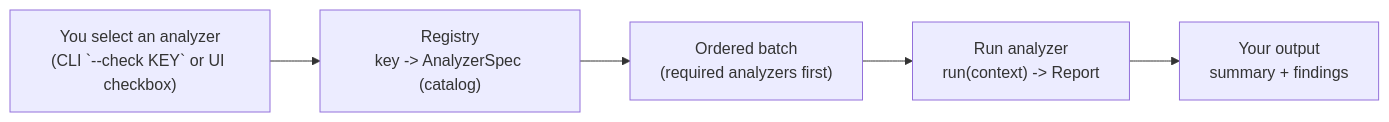
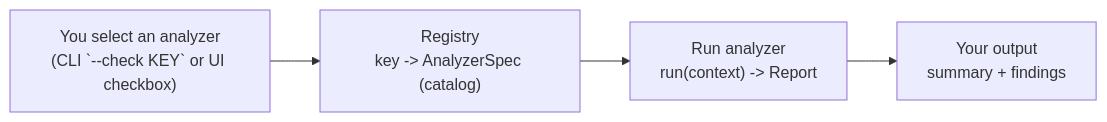
Before and after one commit to SorenHJohansen/SattLint: the second of 5 diagrams in ARCHITECTURE.md, drawn with Mermaid. The commit also changed other lines of this file and 69 other files, not shown here.

````diff
--- a/ARCHITECTURE.md
+++ b/ARCHITECTURE.md
@@ -84,10 +83,9 @@
 ```mermaid
 flowchart LR
     Select["You select an analyzer<br/>(CLI `--check KEY` or UI checkbox)"]
     Registry["Registry<br/>key -> AnalyzerSpec (catalog)"]
-    Ordered["Ordered batch<br/>(required analyzers first)"]
     Run["Run analyzer<br/>run(context) -> Report"]
     Output["Your output<br/>summary + findings"]
 
-    Select --> Registry --> Ordered --> Run --> Output
+    Select --> Registry --> Run --> Output
 ```
````
